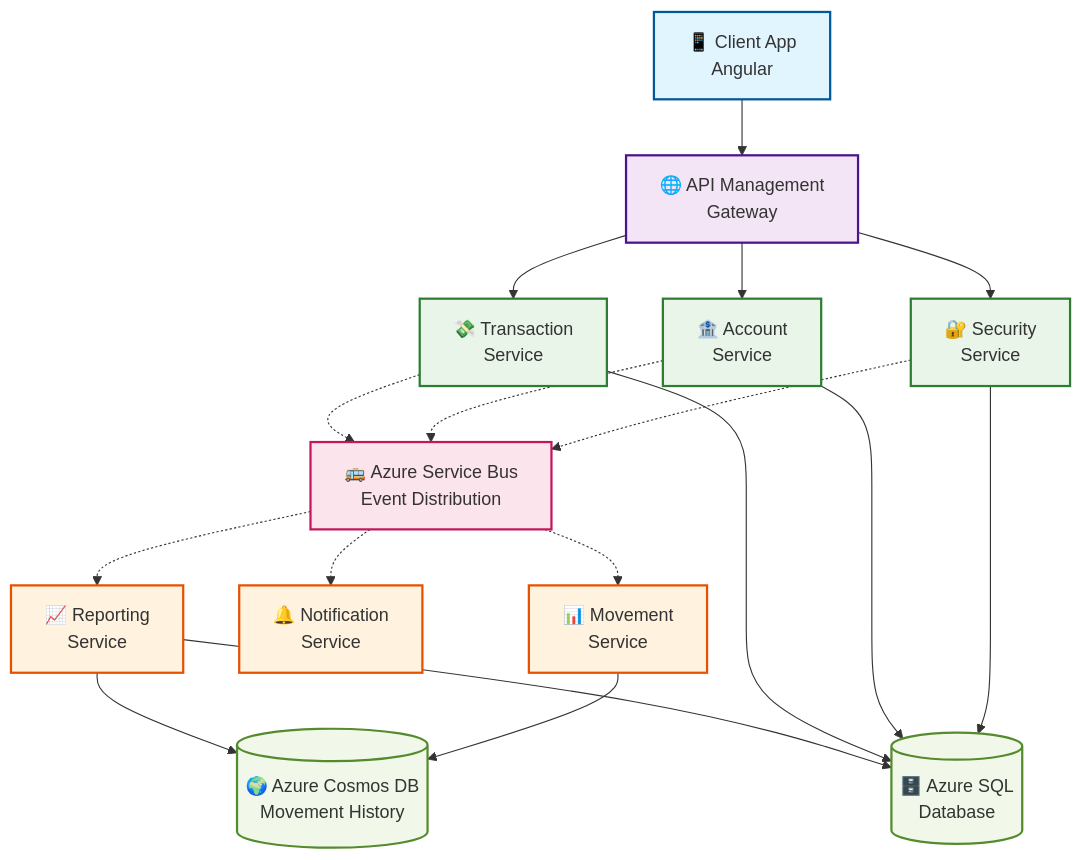
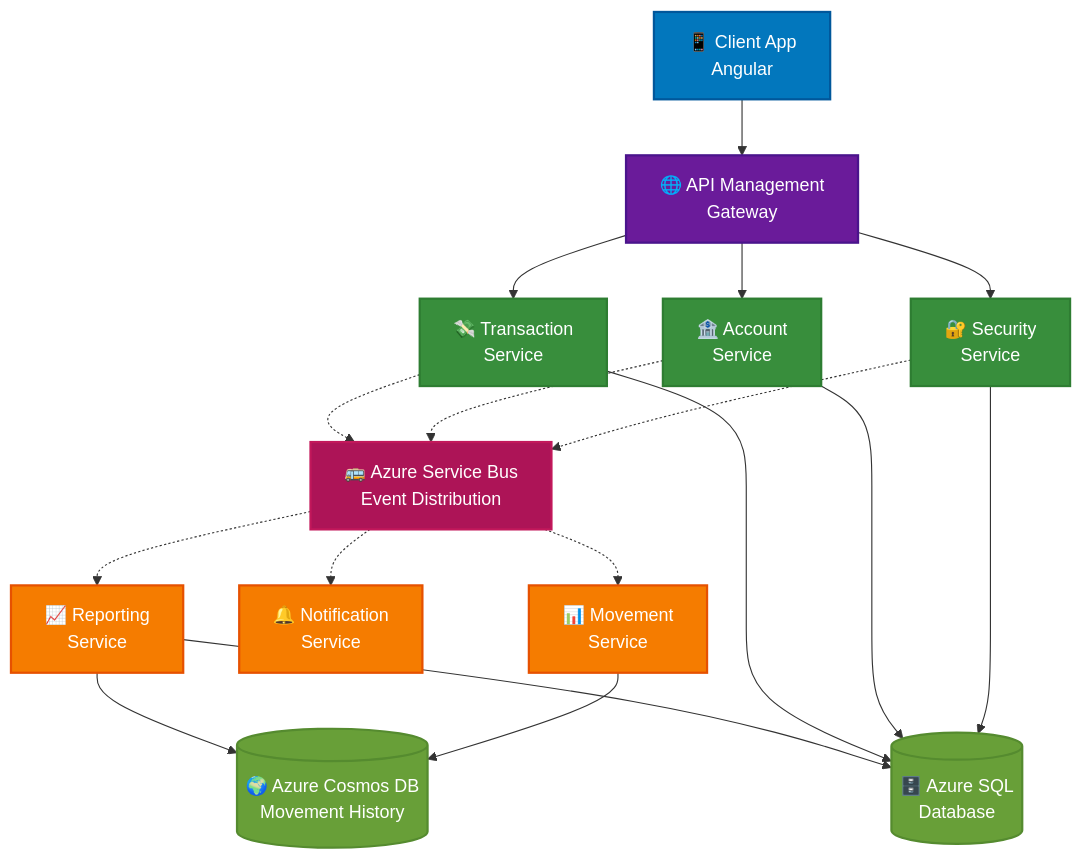
Before and after one commit to cristofima/BankSystemMicroservices: the diagram in README.md, drawn with Mermaid.

Commit message:
docs(README): update diagram styling for better contrast

````diff
--- a/README.md
+++ b/README.md
@@ -93,66 +93,66 @@
 ```mermaid
 graph TB
     %% Client Layer
     Client[📱 Client App<br/>Angular]
 
     %% Gateway Layer
     Gateway[🌐 API Management<br/>Gateway]
 
     %% Core Services Layer
     Security[🔐 Security<br/>Service]
     Account[🏦 Account<br/>Service]
     Transaction[💸 Transaction<br/>Service]
 
     %% Event Bus
     ServiceBus[🚌 Azure Service Bus<br/>Event Distribution]
 
     %% Read Services Layer
     Movement[📊 Movement<br/>Service]
     Notification[🔔 Notification<br/>Service]
     Reporting[📈 Reporting<br/>Service]
 
     %% Data Layer
     SqlDB[(🗄️ Azure SQL<br/>Database)]
     CosmosDB[(🌍 Azure Cosmos DB<br/>Movement History)]
 
     %% Client to Gateway
     Client --> Gateway
 
     %% Gateway to Core Services
     Gateway --> Security
     Gateway --> Account
     Gateway --> Transaction
 
     %% Core Services to Event Bus
     Security -.-> ServiceBus
     Account -.-> ServiceBus
     Transaction -.-> ServiceBus
 
     %% Event Bus to Read Services
     ServiceBus -.-> Movement
     ServiceBus -.-> Notification
     ServiceBus -.-> Reporting
 
     %% Data Connections
     Security --> SqlDB
     Account --> SqlDB
     Transaction --> SqlDB
     Movement --> CosmosDB
     Reporting --> SqlDB
     Reporting --> CosmosDB
 
-    %% Styling
-    classDef clientStyle fill:#e1f5fe,stroke:#01579b,stroke-width:2px
-    classDef gatewayStyle fill:#f3e5f5,stroke:#4a148c,stroke-width:2px
-    classDef coreServiceStyle fill:#e8f5e8,stroke:#2e7d32,stroke-width:2px
-    classDef readServiceStyle fill:#fff3e0,stroke:#e65100,stroke-width:2px
-    classDef eventStyle fill:#fce4ec,stroke:#c2185b,stroke-width:2px
-    classDef dataStyle fill:#f1f8e9,stroke:#558b2f,stroke-width:2px
+    %% Styling - Darker backgrounds with white text for optimal contrast
+    classDef clientStyle fill:#0277bd,stroke:#01579b,stroke-width:2px,color:#ffffff
+    classDef gatewayStyle fill:#6a1b9a,stroke:#4a148c,stroke-width:2px,color:#ffffff
+    classDef coreServiceStyle fill:#388e3c,stroke:#2e7d32,stroke-width:2px,color:#ffffff
+    classDef readServiceStyle fill:#f57c00,stroke:#e65100,stroke-width:2px,color:#ffffff
+    classDef eventStyle fill:#ad1457,stroke:#c2185b,stroke-width:2px,color:#ffffff
+    classDef dataStyle fill:#689f38,stroke:#558b2f,stroke-width:2px,color:#ffffff
 
     class Client clientStyle
     class Gateway gatewayStyle
     class Security,Account,Transaction coreServiceStyle
     class Movement,Notification,Reporting readServiceStyle
     class ServiceBus eventStyle
     class SqlDB,CosmosDB dataStyle
 ```
````
